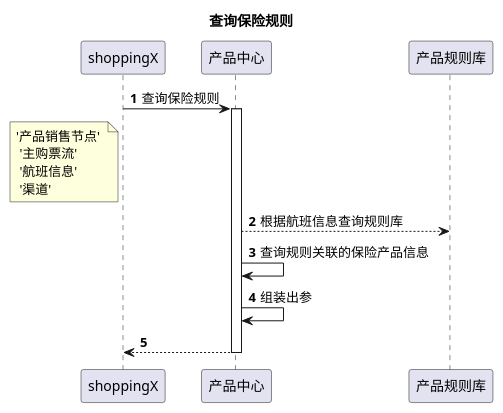
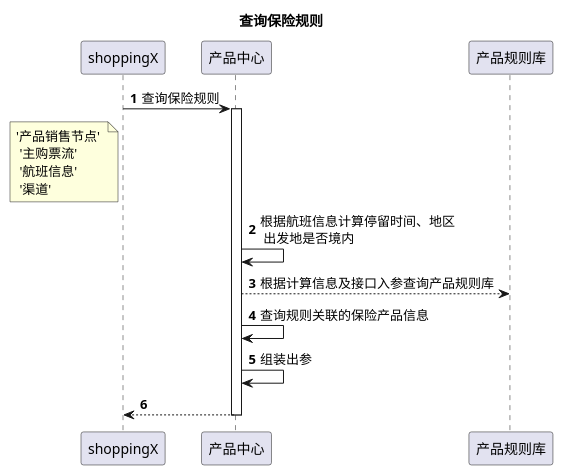
One commit to learnxin/testdemo changed the diagram in src/main/resources/plantuml/nh/queryItemByFlight.puml. Above: the diagram before and after it, drawn with PlantUML. The commit also changed 2 other files, not shown here.

Commit message:
commit plant uml

```diff
--- a/src/main/resources/plantuml/nh/queryItemByFlight.puml
+++ b/src/main/resources/plantuml/nh/queryItemByFlight.puml
@@ -1,15 +1,18 @@
 @startuml
 title 查询保险规则
 autonumber
+
 participant "shoppingX" as shop
 participant "产品中心" as p
 participant "产品规则库" as gzk
 
 shop -> p: 查询保险规则
 activate p
 note left of shop: '产品销售节点' \n '主购票流'\n '航班信息' \n '渠道'
-p --> gzk: 根据航班信息查询规则库
+
+p->p: 根据航班信息计算停留时间、地区\n 出发地是否境内
+p --> gzk: 根据计算信息及接口入参查询产品规则库
 p -> p: 查询规则关联的保险产品信息
 p -> p: 组装出参
 return
 @enduml
```
